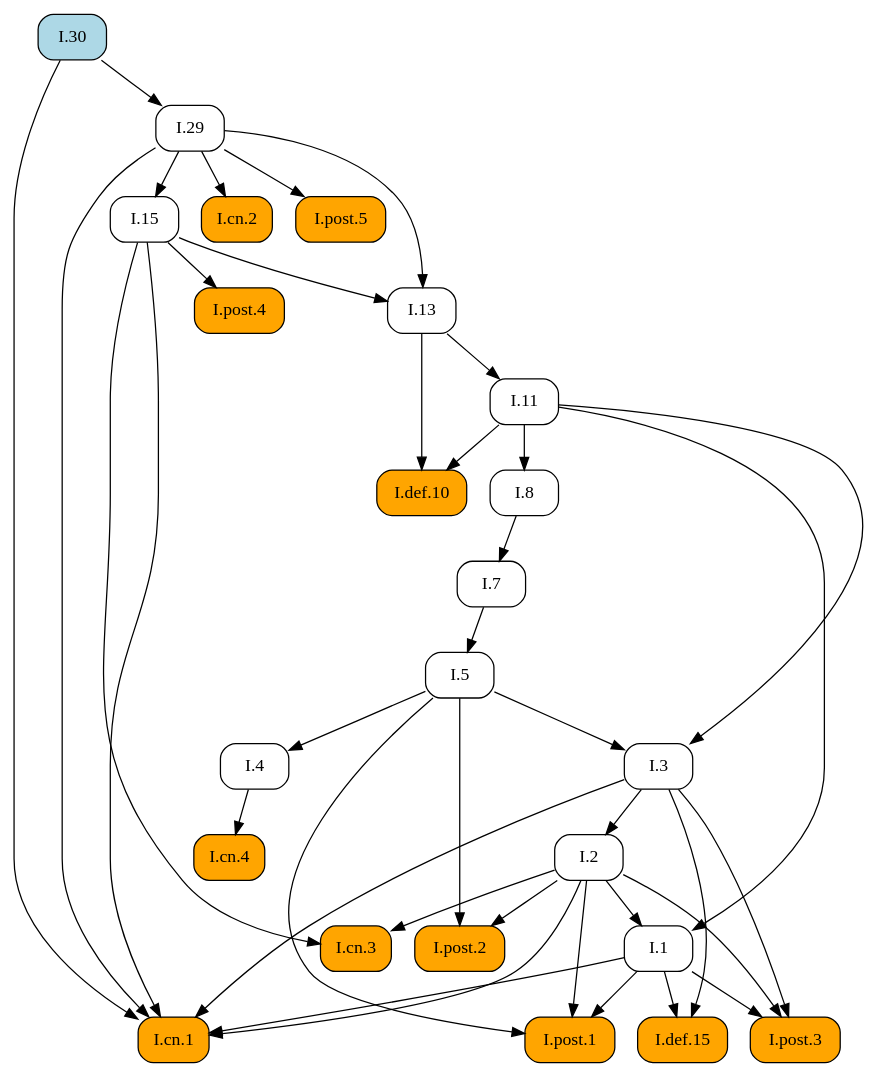
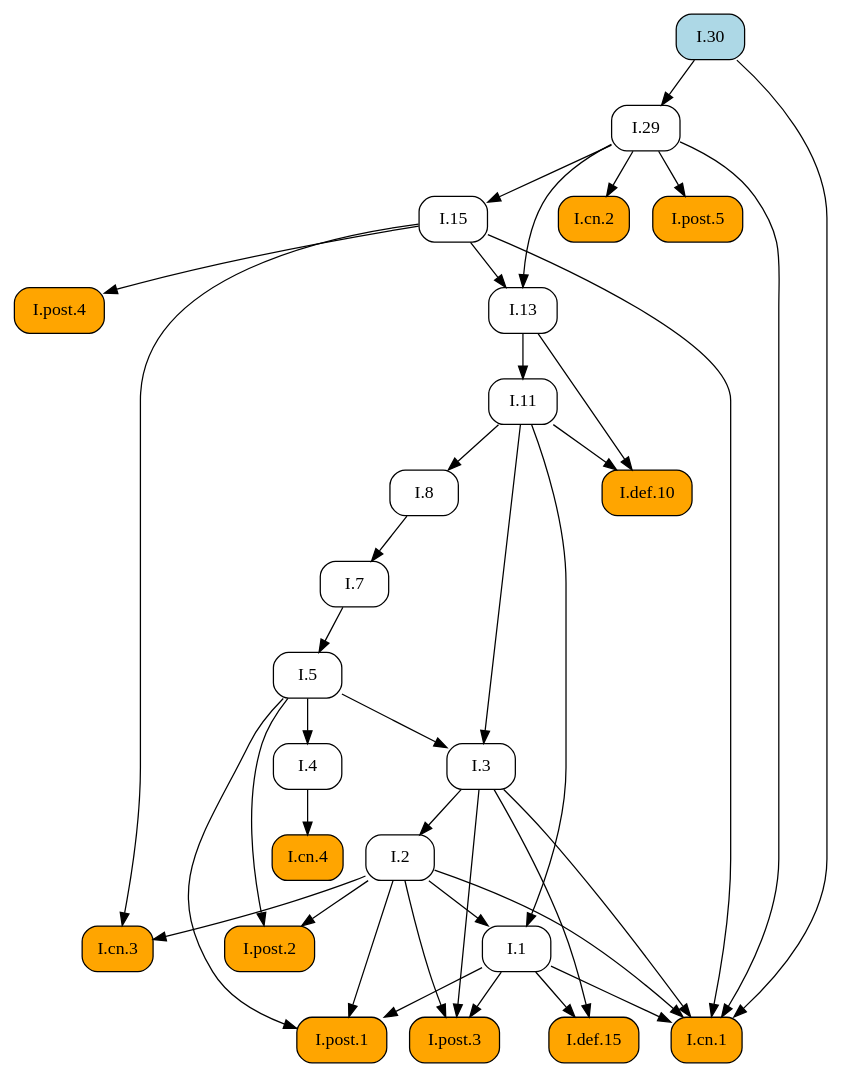
One commit to geometor/elements changed the diagram in docsrc/heath/I/30/index.rst. Above: the diagram before and after it, drawn with Graphviz. The commit also changed other lines of this file and 484 other files, not shown here.

```diff
--- a/docsrc/heath/I/30/index.rst
+++ b/docsrc/heath/I/30/index.rst
@@ -54,67 +54,67 @@
 .. graphviz::
 
    digraph {
      rankdir="TB";
      node [shape=box, style=rounded];
-     "I.def.10" [style="rounded,filled", fillcolor=orange, URL="/heath/I/def.10/", target="_top"];
-     "I.11" [URL="/heath/I/11/", target="_top"];
+     "I.cn.1" [style="rounded,filled", fillcolor=orange, URL="/heath/I/cn.1/", target="_top"];
+     "I.7" [URL="/heath/I/7/", target="_top"];
+     "I.2" [URL="/heath/I/2/", target="_top"];
+     "I.def.15" [style="rounded,filled", fillcolor=orange, URL="/heath/I/def.15/", target="_top"];
+     "I.13" [URL="/heath/I/13/", target="_top"];
      "I.post.4" [style="rounded,filled", fillcolor=orange, URL="/heath/I/post.4/", target="_top"];
+     "I.4" [URL="/heath/I/4/", target="_top"];
      "I.1" [URL="/heath/I/1/", target="_top"];
-     "I.7" [URL="/heath/I/7/", target="_top"];
-     "I.3" [URL="/heath/I/3/", target="_top"];
-     "I.2" [URL="/heath/I/2/", target="_top"];
-     "I.4" [URL="/heath/I/4/", target="_top"];
-     "I.29" [URL="/heath/I/29/", target="_top"];
-     "I.13" [URL="/heath/I/13/", target="_top"];
-     "I.cn.2" [style="rounded,filled", fillcolor=orange, URL="/heath/I/cn.2/", target="_top"];
-     "I.post.2" [style="rounded,filled", fillcolor=orange, URL="/heath/I/post.2/", target="_top"];
-     "I.def.15" [style="rounded,filled", fillcolor=orange, URL="/heath/I/def.15/", target="_top"];
      "I.post.3" [style="rounded,filled", fillcolor=orange, URL="/heath/I/post.3/", target="_top"];
-     "I.cn.1" [style="rounded,filled", fillcolor=orange, URL="/heath/I/cn.1/", target="_top"];
-     "I.cn.3" [style="rounded,filled", fillcolor=orange, URL="/heath/I/cn.3/", target="_top"];
-     "I.30" [style="rounded,filled", fillcolor=lightblue, URL="/heath/I/30/", target="_top"];
-     "I.8" [URL="/heath/I/8/", target="_top"];
-     "I.cn.4" [style="rounded,filled", fillcolor=orange, URL="/heath/I/cn.4/", target="_top"];
-     "I.15" [URL="/heath/I/15/", target="_top"];
-     "I.post.5" [style="rounded,filled", fillcolor=orange, URL="/heath/I/post.5/", target="_top"];
      "I.post.1" [style="rounded,filled", fillcolor=orange, URL="/heath/I/post.1/", target="_top"];
      "I.5" [URL="/heath/I/5/", target="_top"];
-     "I.11" -> "I.def.10";
-     "I.13" -> "I.def.10";
-     "I.13" -> "I.11";
-     "I.15" -> "I.post.4";
-     "I.2" -> "I.1";
-     "I.11" -> "I.1";
-     "I.8" -> "I.7";
-     "I.5" -> "I.3";
-     "I.11" -> "I.3";
-     "I.3" -> "I.2";
-     "I.5" -> "I.4";
-     "I.30" -> "I.29";
-     "I.15" -> "I.13";
-     "I.29" -> "I.13";
-     "I.29" -> "I.cn.2";
-     "I.2" -> "I.post.2";
-     "I.5" -> "I.post.2";
-     "I.1" -> "I.def.15";
-     "I.3" -> "I.def.15";
-     "I.1" -> "I.post.3";
-     "I.2" -> "I.post.3";
-     "I.3" -> "I.post.3";
+     "I.8" [URL="/heath/I/8/", target="_top"];
+     "I.cn.3" [style="rounded,filled", fillcolor=orange, URL="/heath/I/cn.3/", target="_top"];
+     "I.29" [URL="/heath/I/29/", target="_top"];
+     "I.30" [style="rounded,filled", fillcolor=lightblue, URL="/heath/I/30/", target="_top"];
+     "I.def.10" [style="rounded,filled", fillcolor=orange, URL="/heath/I/def.10/", target="_top"];
+     "I.15" [URL="/heath/I/15/", target="_top"];
+     "I.11" [URL="/heath/I/11/", target="_top"];
+     "I.cn.2" [style="rounded,filled", fillcolor=orange, URL="/heath/I/cn.2/", target="_top"];
+     "I.post.5" [style="rounded,filled", fillcolor=orange, URL="/heath/I/post.5/", target="_top"];
+     "I.cn.4" [style="rounded,filled", fillcolor=orange, URL="/heath/I/cn.4/", target="_top"];
+     "I.post.2" [style="rounded,filled", fillcolor=orange, URL="/heath/I/post.2/", target="_top"];
+     "I.3" [URL="/heath/I/3/", target="_top"];
      "I.1" -> "I.cn.1";
      "I.2" -> "I.cn.1";
      "I.3" -> "I.cn.1";
      "I.15" -> "I.cn.1";
      "I.29" -> "I.cn.1";
      "I.30" -> "I.cn.1";
-     "I.2" -> "I.cn.3";
-     "I.15" -> "I.cn.3";
-     "I.11" -> "I.8";
-     "I.4" -> "I.cn.4";
-     "I.29" -> "I.15";
-     "I.29" -> "I.post.5";
+     "I.8" -> "I.7";
+     "I.3" -> "I.2";
+     "I.1" -> "I.def.15";
+     "I.3" -> "I.def.15";
+     "I.15" -> "I.13";
+     "I.29" -> "I.13";
+     "I.15" -> "I.post.4";
+     "I.5" -> "I.4";
+     "I.2" -> "I.1";
+     "I.11" -> "I.1";
+     "I.1" -> "I.post.3";
+     "I.2" -> "I.post.3";
+     "I.3" -> "I.post.3";
      "I.1" -> "I.post.1";
      "I.2" -> "I.post.1";
      "I.5" -> "I.post.1";
      "I.7" -> "I.5";
+     "I.11" -> "I.8";
+     "I.2" -> "I.cn.3";
+     "I.15" -> "I.cn.3";
+     "I.30" -> "I.29";
+     "I.11" -> "I.def.10";
+     "I.13" -> "I.def.10";
+     "I.29" -> "I.15";
+     "I.13" -> "I.11";
+     "I.29" -> "I.cn.2";
+     "I.29" -> "I.post.5";
+     "I.4" -> "I.cn.4";
+     "I.2" -> "I.post.2";
+     "I.5" -> "I.post.2";
+     "I.5" -> "I.3";
+     "I.11" -> "I.3";
    }
```
